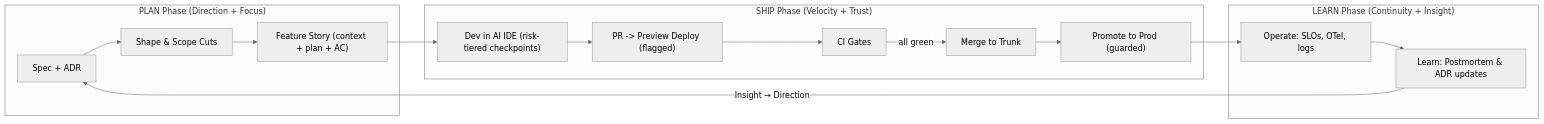
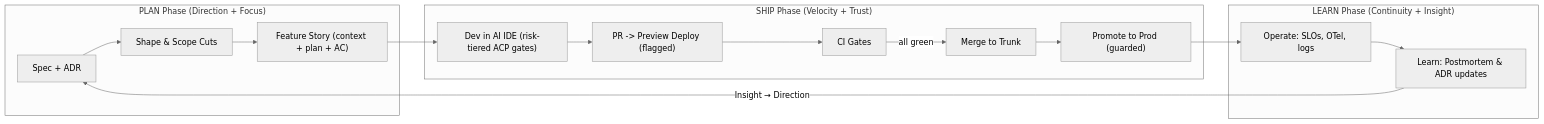
The diagram in .harmony/cognition/methodology/README.md (jamesryancooper/harmony), drawn with Mermaid (neutral theme) before and after one commit. The commit also changed other lines of this file and 11 other files, not shown here.

````diff
--- a/.harmony/cognition/methodology/README.md
+++ b/.harmony/cognition/methodology/README.md
@@ -380,22 +380,22 @@
 ```mermaid
 flowchart LR
   subgraph PLAN ["PLAN Phase (Direction + Focus)"]
     A["Spec + ADR"] --> B[Shape & Scope Cuts]
     B --> C["Feature Story (context + plan + AC)"]
   end
   
   subgraph SHIP ["SHIP Phase (Velocity + Trust)"]
-    C --> D["Dev in AI IDE (risk-tiered checkpoints)"]
+    C --> D["Dev in AI IDE (risk-tiered ACP gates)"]
     D --> E["PR -> Preview Deploy (flagged)"]
     E --> F[CI Gates]
     F -->|all green| G[Merge to Trunk]
     G --> H["Promote to Prod (guarded)"]
   end
   
   subgraph LEARN ["LEARN Phase (Continuity + Insight)"]
     H --> I[Operate: SLOs, OTel, logs]
     I --> J[Learn: Postmortem & ADR updates]
   end
   
   J -->|"Insight → Direction"| A
 ```
````
